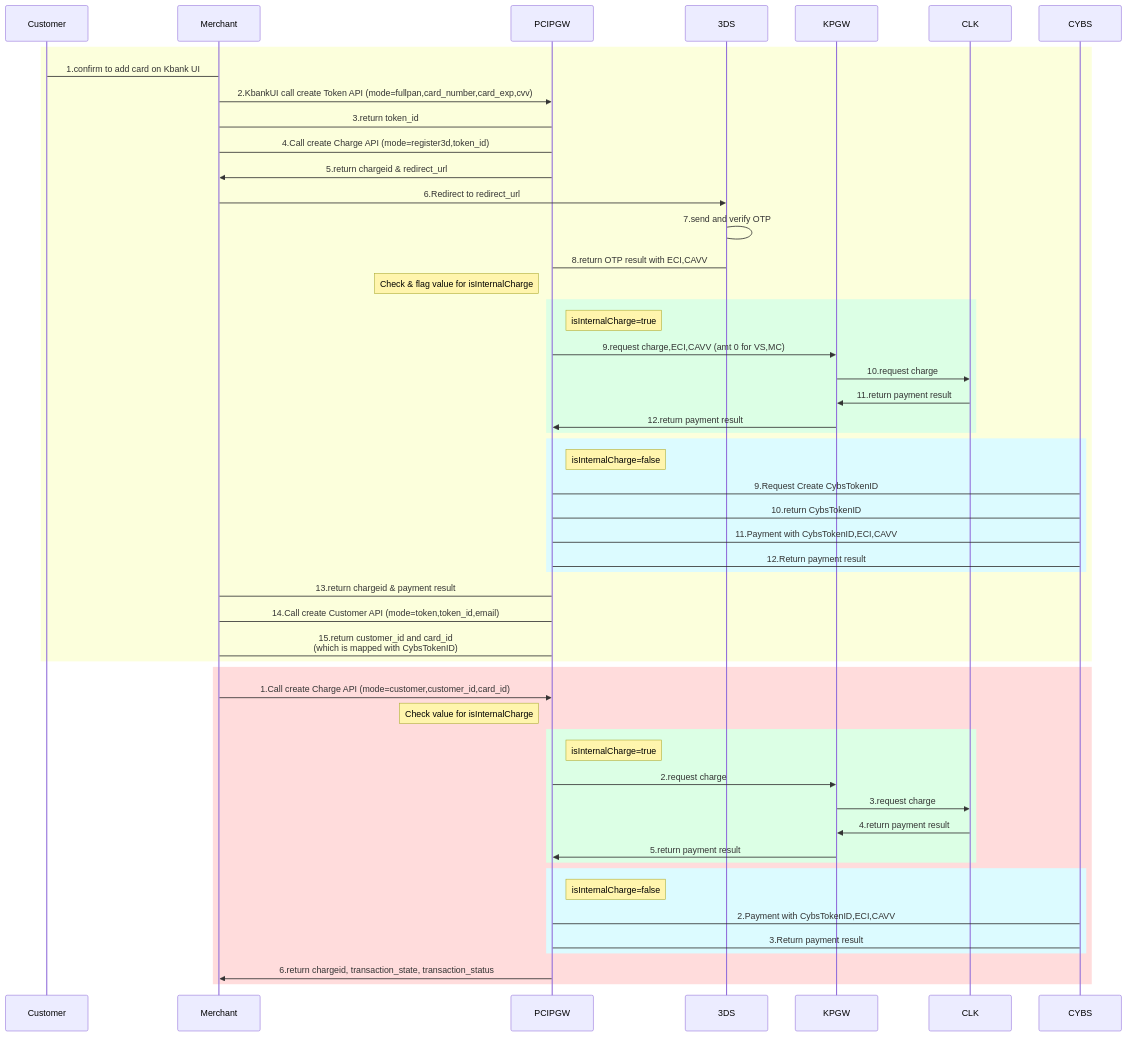
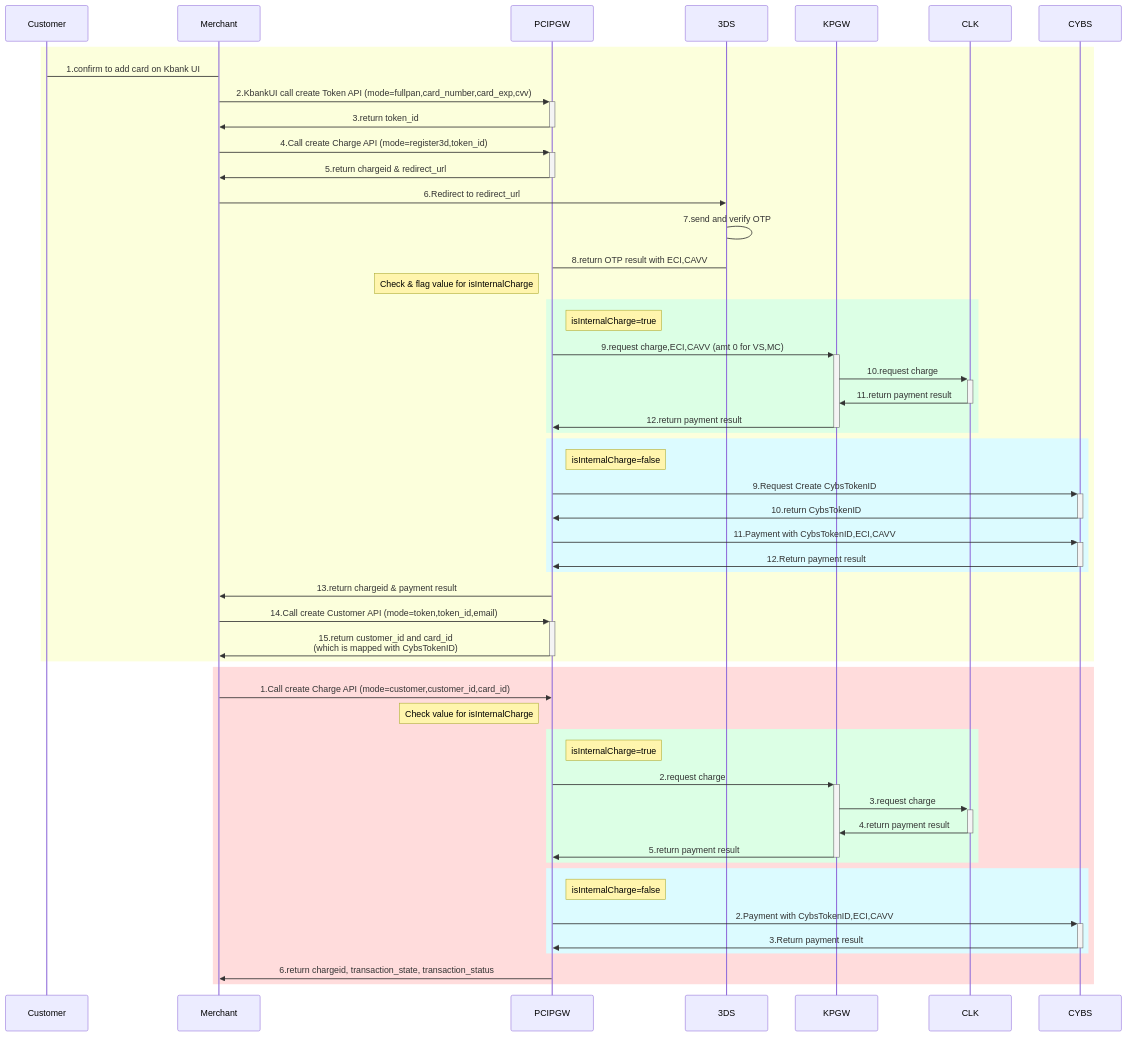
Before and after one commit to yuusuke25/MyNotes: the fourth of 6 diagrams in Cybs-Ph2-Flow1.md, drawn with Mermaid. The commit also changed other lines of this file, not shown here.

````diff
--- a/Cybs-Ph2-Flow1.md
+++ b/Cybs-Ph2-Flow1.md
@@ -116,54 +116,54 @@
 ```mermaid
     sequenceDiagram
         rect rgb(252, 255, 220)
             Customer->Merchant:1.confirm to add card on Kbank UI
-            Merchant->>PCIPGW:2.KbankUI call create Token API (mode=fullpan,card_number,card_exp,cvv)
-            PCIPGW->Merchant:3.return token_id
+            Merchant->>+PCIPGW:2.KbankUI call create Token API (mode=fullpan,card_number,card_exp,cvv)
+            PCIPGW->>-Merchant:3.return token_id
 
-            Merchant->PCIPGW:4.Call create Charge API (mode=register3d,token_id)
-            PCIPGW->>Merchant:5.return chargeid & redirect_url
+            Merchant->>+PCIPGW:4.Call create Charge API (mode=register3d,token_id)
+            PCIPGW->>-Merchant:5.return chargeid & redirect_url
 
             Merchant->>3DS:6.Redirect to redirect_url
             3DS->3DS:7.send and verify OTP
             3DS->PCIPGW:8.return OTP result with ECI,CAVV
             
             Note left of PCIPGW: Check & flag value for isInternalCharge
             rect rgb(220, 255, 229)
                 Note right of PCIPGW: isInternalCharge=true
-                PCIPGW->>KPGW:9.request charge,ECI,CAVV (amt 0 for VS,MC)
-                KPGW->>CLK:10.request charge
-                CLK->>KPGW:11.return payment result
-                KPGW->>PCIPGW:12.return payment result
+                PCIPGW->>+KPGW:9.request charge,ECI,CAVV (amt 0 for VS,MC)
+                KPGW->>+CLK:10.request charge
+                CLK->>-KPGW:11.return payment result
+                KPGW->>-PCIPGW:12.return payment result
             end
             rect rgb(220, 251, 255)
                 Note right of PCIPGW: isInternalCharge=false
-                PCIPGW->CYBS:9.Request Create CybsTokenID
-                CYBS->PCIPGW:10.return CybsTokenID
-                PCIPGW->CYBS:11.Payment with CybsTokenID,ECI,CAVV
-                CYBS->PCIPGW:12.Return payment result
+                PCIPGW->>+CYBS:9.Request Create CybsTokenID
+                CYBS->>-PCIPGW:10.return CybsTokenID
+                PCIPGW->>+CYBS:11.Payment with CybsTokenID,ECI,CAVV
+                CYBS->>-PCIPGW:12.Return payment result
             end
             
-            PCIPGW->Merchant:13.return chargeid & payment result
+            PCIPGW->>Merchant:13.return chargeid & payment result
 
-            Merchant->PCIPGW:14.Call create Customer API (mode=token,token_id,email)
-            PCIPGW->Merchant:15.return customer_id and card_id <br>(which is mapped with CybsTokenID)
+            Merchant->>+PCIPGW:14.Call create Customer API (mode=token,token_id,email)
+            PCIPGW->>-Merchant:15.return customer_id and card_id <br>(which is mapped with CybsTokenID)
         end
         
         rect rgb(255, 220, 220)
             Merchant->>PCIPGW:1.Call create Charge API (mode=customer,customer_id,card_id)
             Note left of PCIPGW: Check value for isInternalCharge
             rect rgb(220, 255, 229)
                 Note right of PCIPGW: isInternalCharge=true
-                PCIPGW->>KPGW:2.request charge
-                KPGW->>CLK:3.request charge
-                CLK->>KPGW:4.return payment result
-                KPGW->>PCIPGW:5.return payment result
+                PCIPGW->>+KPGW:2.request charge
+                KPGW->>+CLK:3.request charge
+                CLK->>-KPGW:4.return payment result
+                KPGW->>-PCIPGW:5.return payment result
             end
             rect rgb(220, 251, 255)
                 Note right of PCIPGW: isInternalCharge=false
-                PCIPGW->CYBS:2.Payment with CybsTokenID,ECI,CAVV
-                CYBS->PCIPGW:3.Return payment result
+                PCIPGW->>+CYBS:2.Payment with CybsTokenID,ECI,CAVV
+                CYBS->>-PCIPGW:3.Return payment result
             end
             PCIPGW->>Merchant:6.return chargeid, transaction_state, transaction_status
         end
 ```
````
